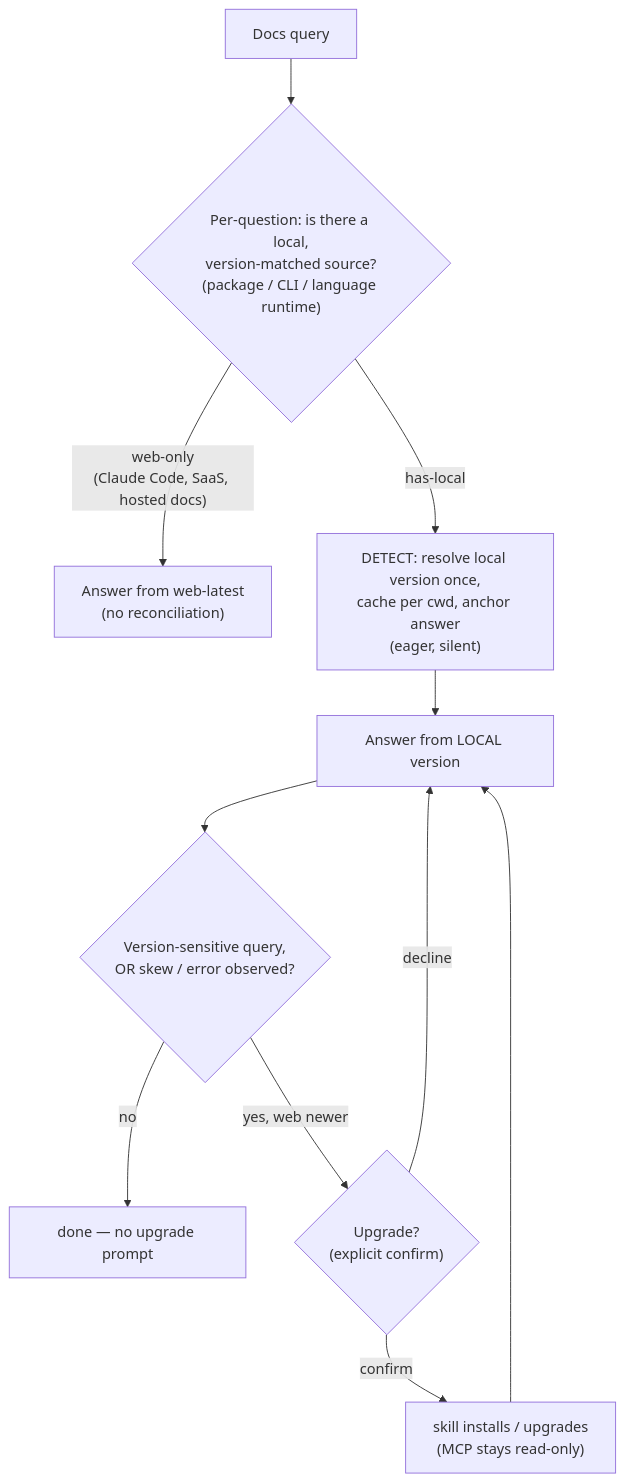
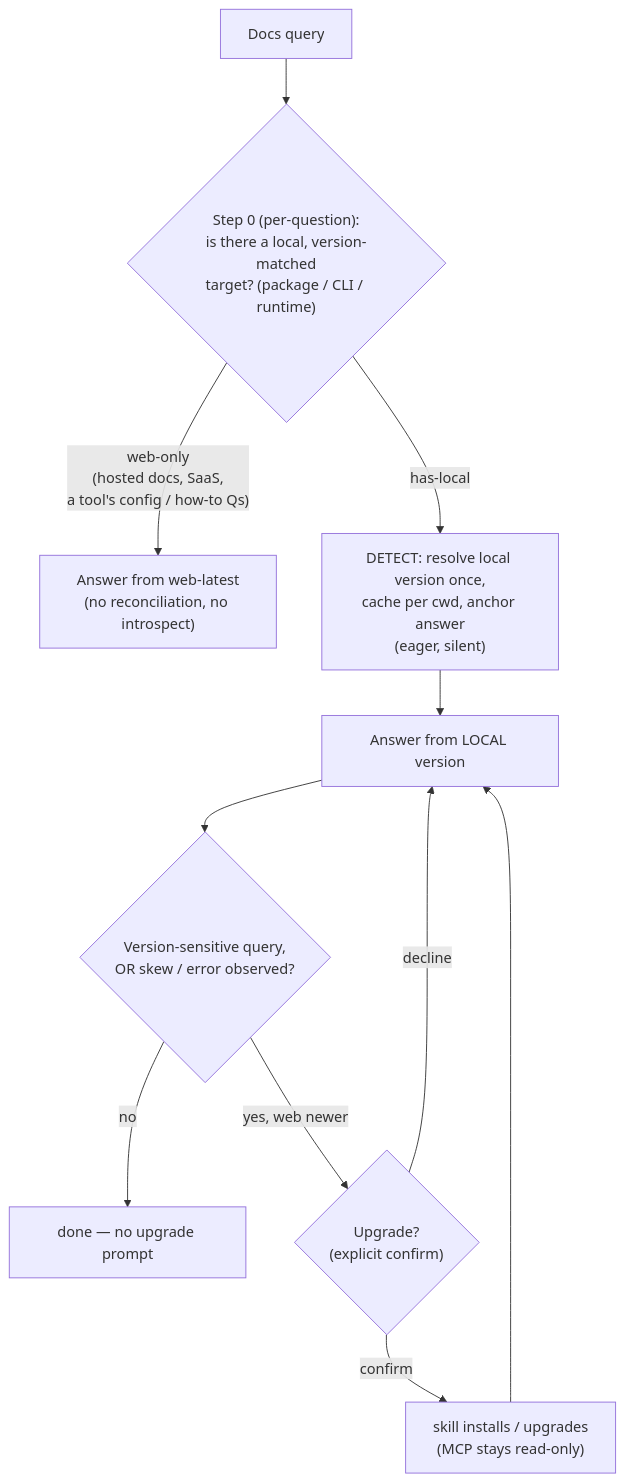
The diagram in docs/wiki/Version-Reconciliation.md (PsychQuant/livedocs), drawn with Mermaid before and after one commit. The commit also changed other lines of this file and 1 other file, not shown here.

First line of the commit message:
docs(wiki): lead Version Reconciliation with the web-only vs has-local fork

````diff
--- a/docs/wiki/Version-Reconciliation.md
+++ b/docs/wiki/Version-Reconciliation.md
@@ -19,13 +36,13 @@
 ```mermaid
 flowchart TD
-    Q["Docs query"] --> C{"Per-question: is there a local,<br/>version-matched source?<br/>(package / CLI / language runtime)"}
-    C -->|"web-only<br/>(Claude Code, SaaS, hosted docs)"| W["Answer from web-latest<br/>(no reconciliation)"]
+    Q["Docs query"] --> C{"Step 0 (per-question):<br/>is there a local, version-matched<br/>target? (package / CLI / runtime)"}
+    C -->|"web-only<br/>(hosted docs, SaaS,<br/>a tool's config / how-to Qs)"| W["Answer from web-latest<br/>(no reconciliation, no introspect)"]
     C -->|"has-local"| D["DETECT: resolve local version once,<br/>cache per cwd, anchor answer<br/>(eager, silent)"]
     D --> A["Answer from LOCAL version"]
     A --> S{"Version-sensitive query,<br/>OR skew / error observed?"}
     S -->|"no"| DONE["done — no upgrade prompt"]
     S -->|"yes, web newer"| U{"Upgrade?<br/>(explicit confirm)"}
     U -->|"decline"| A
     U -->|"confirm"| INS["skill installs / upgrades<br/>(MCP stays read-only)"]
     INS --> A
 ```
````
